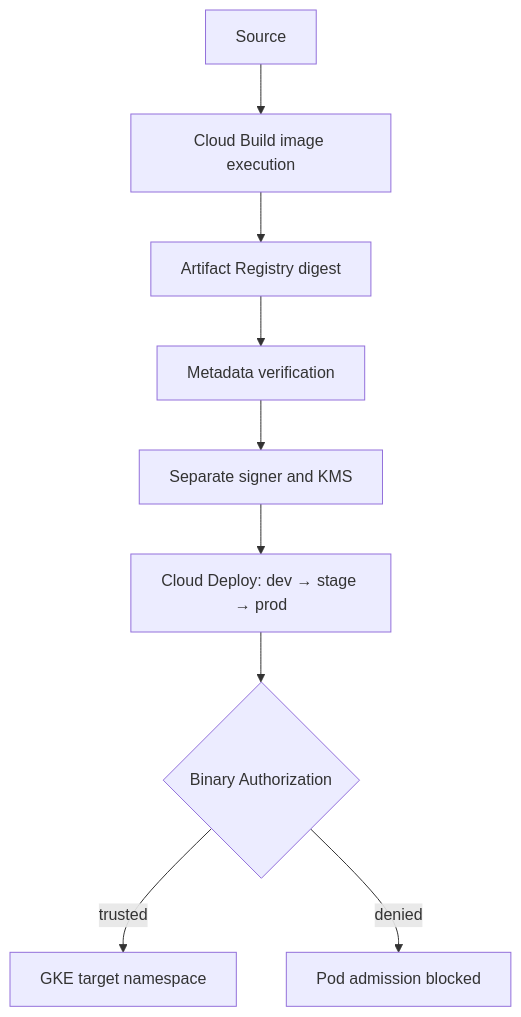
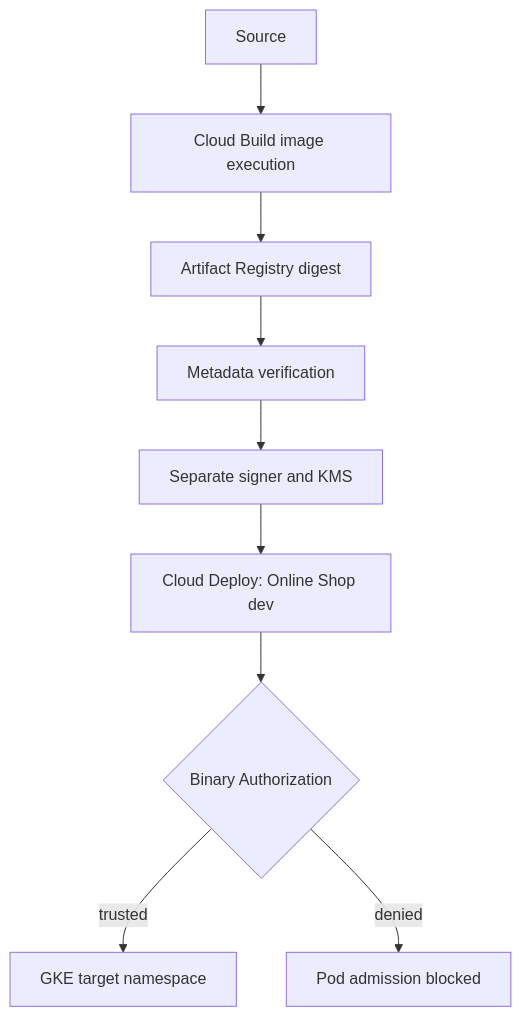
The diagram in README.md (DimitryZH/secure-delivery-platform), drawn with Mermaid before and after one commit. The commit also changed other lines of this file and 73 other files, not shown here.

````diff
--- a/README.md
+++ b/README.md
@@ -5,11 +7,11 @@
 ```mermaid
 flowchart TB
     Source[Source] --> Build[Cloud Build image execution]
     Build --> Registry[Artifact Registry digest]
     Registry --> Verify[Metadata verification]
     Verify --> Sign[Separate signer and KMS]
-    Sign --> Deploy[Cloud Deploy: dev → stage → prod]
+    Sign --> Deploy[Cloud Deploy: Online Shop dev]
     Deploy --> Admission{Binary Authorization}
     Admission -->|trusted| Runtime[GKE target namespace]
     Admission -->|denied| Blocked[Pod admission blocked]
 ```
````
